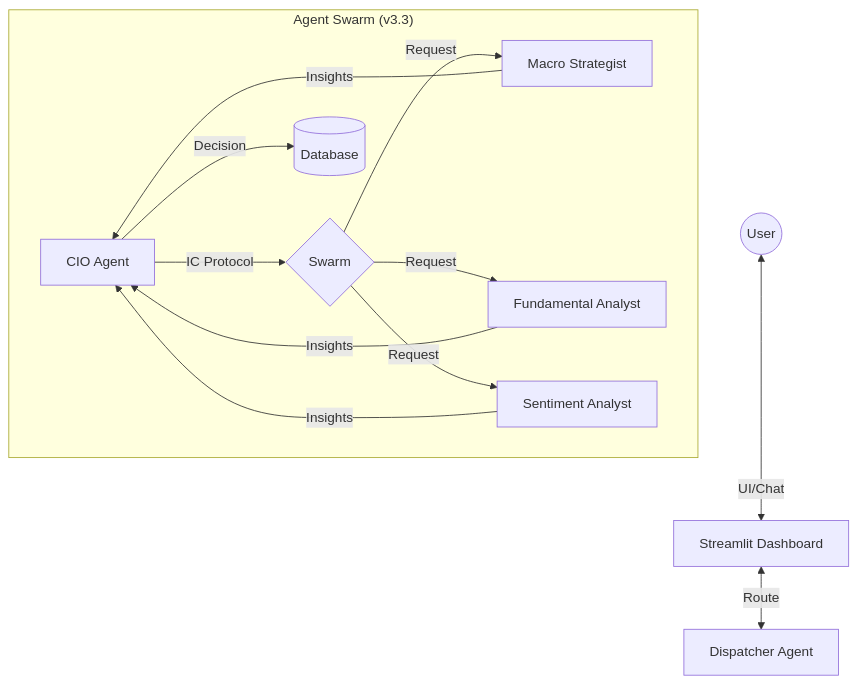
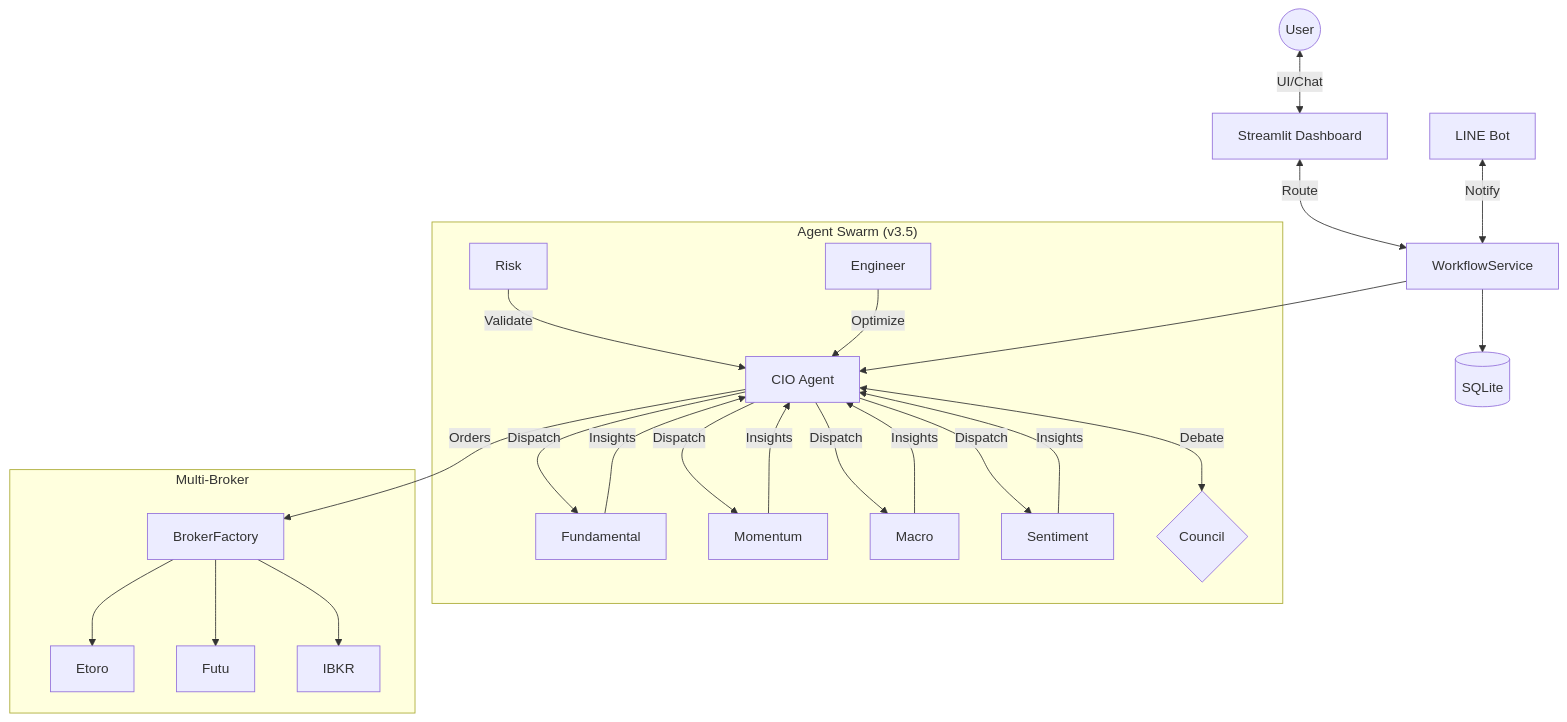
One commit to neohsiung/AI-Investment-Advisor changed the diagram in README.md. Above: the diagram before and after it, drawn with Mermaid. The commit also changed other lines of this file and 3 other files, not shown here.

````diff
--- a/README.md
+++ b/README.md
@@ -70,17 +49,32 @@
 ```mermaid
 graph TD
     User((User)) <-->|UI/Chat| DASH[Streamlit Dashboard]
-    DASH <-->|Route| DISP[Dispatcher Agent]
-    
-    subgraph "Agent Swarm (v3.3)"
+    DASH <-->|Route| WF[WorkflowService]
+    LINE[LINE Bot] <-->|Notify| WF
+
+    subgraph "Agent Swarm (v3.5)"
         CIO[CIO Agent]
-        MACRO[Macro Strategist]
-        FUND[Fundamental Analyst]
-        SENT[Sentiment Analyst]
+        FUND[Fundamental]
+        MOM[Momentum]
+        MACRO[Macro]
+        SENT[Sentiment]
+        RISK[Risk]
+        ENG[Engineer]
         
-        CIO -->|IC Protocol| SWARM{Swarm}
-        SWARM -->|Request| MACRO & FUND & SENT
-        MACRO & FUND & SENT -->|Insights| CIO
-        CIO -->|Decision| DB[(Database)]
+        CIO -->|Dispatch| FUND & MOM & MACRO & SENT
+        FUND & MOM & MACRO & SENT -->|Insights| CIO
+        CIO <-->|Debate| COUNCIL{Council}
+        RISK -->|Validate| CIO
+        ENG -->|Optimize| CIO
     end
+
+    subgraph "Multi-Broker"
+        BF[BrokerFactory]
+        ET[Etoro] & FU[Futu] & IK[IBKR]
+        BF --> ET & FU & IK
+    end
+
+    WF --> CIO
+    CIO -->|Orders| BF
+    WF --> DB[(SQLite)]
 ```
````
